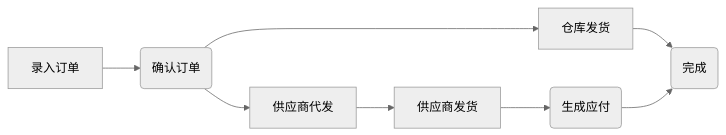
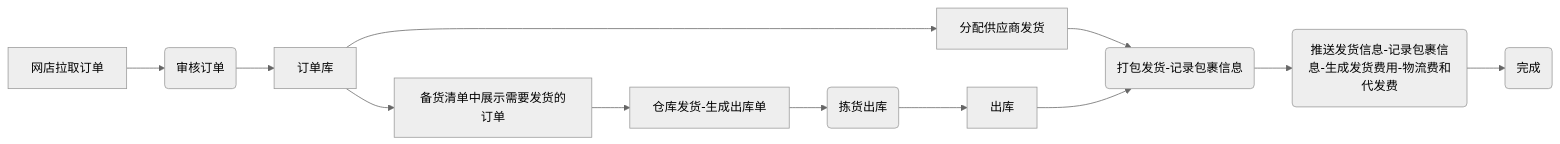
Before and after one commit to zeasin/qihangerp: the third of 6 diagrams in README.md, drawn with Mermaid (neutral theme). The commit also changed other lines of this file and 1 other file, not shown here.

````diff
--- a/README.md
+++ b/README.md
@@ -81,12 +89,14 @@
 ```mermaid
 graph LR
-A[录入订单] -->B(确认订单)
-    B --> C[供应商代发]
-    B --> D[仓库发货]
-    C --> E[供应商发货]
-    E --> F1(生成应付)
-    D --> H
-    F1 --> H(完成)
-
-
+A[网店拉取订单] -->B(审核订单)
+    B --> C[订单库]
+    C --> C1[备货清单中展示需要发货的订单]
+    C1 --> D[仓库发货-生成出库单]
+    C --> E[分配供应商发货]
+    D --> F(拣货出库)
+    F --> F1[出库]
+    E --> H(打包发货-记录包裹信息)
+    F1 --> H
+    H --> G(推送发货信息-记录包裹信息-生成发货费用-物流费和代发费)
+    G --> I(完成)
 ```
````
